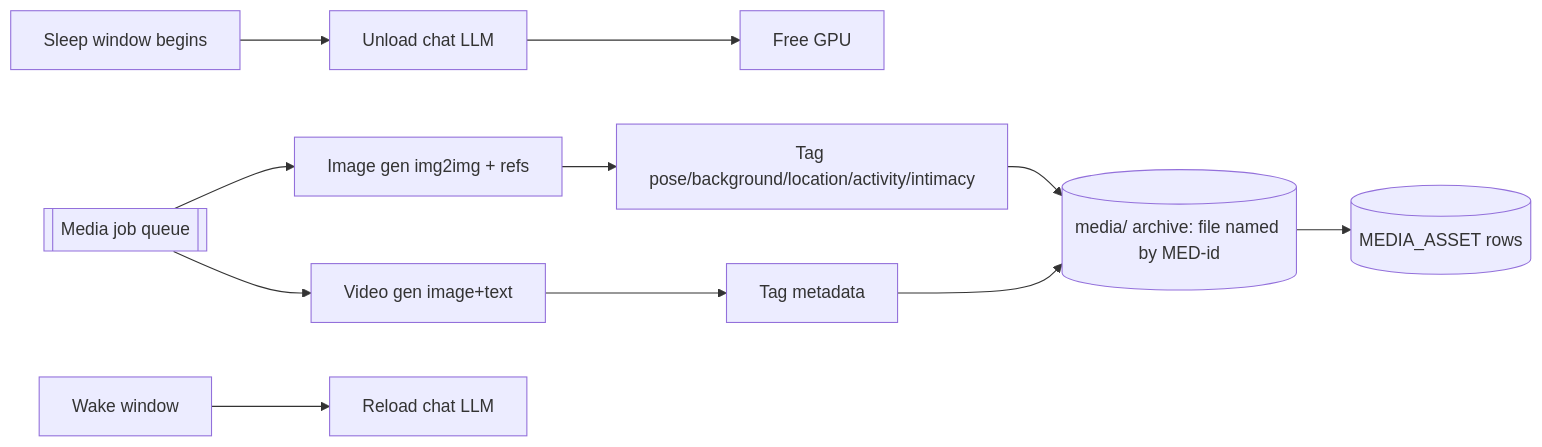
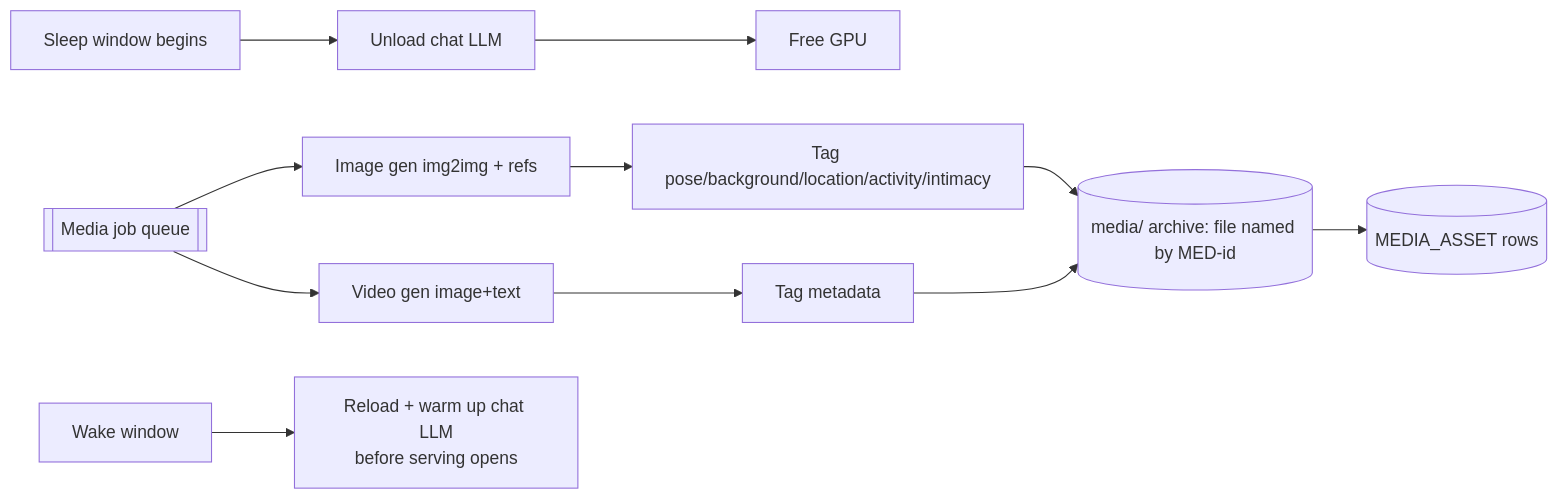
One commit to b3ly4ck/NeuroLady_Persona_Engine changed the seventh of 8 diagrams in developer files/architecture.md. Above: the diagram before and after it, drawn with Mermaid. The commit also changed other lines of this file and 3 other files, not shown here.

````diff
--- a/developer files/architecture.md
+++ b/developer files/architecture.md
@@ -634,13 +649,13 @@
 ```mermaid
 flowchart LR
     SLEEP[Sleep window begins] --> UNLOAD[Unload chat LLM]
     UNLOAD --> GPU[Free GPU]
     Q[[Media job queue]] --> IMG[Image gen img2img + refs]
     Q --> VID[Video gen image+text]
     IMG --> META1[Tag pose/background/location/activity/intimacy]
     VID --> META2[Tag metadata]
     META1 --> OBJ[(media/ archive: file named by MED-id)]
     META2 --> OBJ
     OBJ --> SQLm[(MEDIA_ASSET rows)]
-    WAKE[Wake window] --> RELOAD[Reload chat LLM]
+    WAKE[Wake window] --> RELOAD[Reload + warm up chat LLM<br/>before serving opens]
 ```
````
